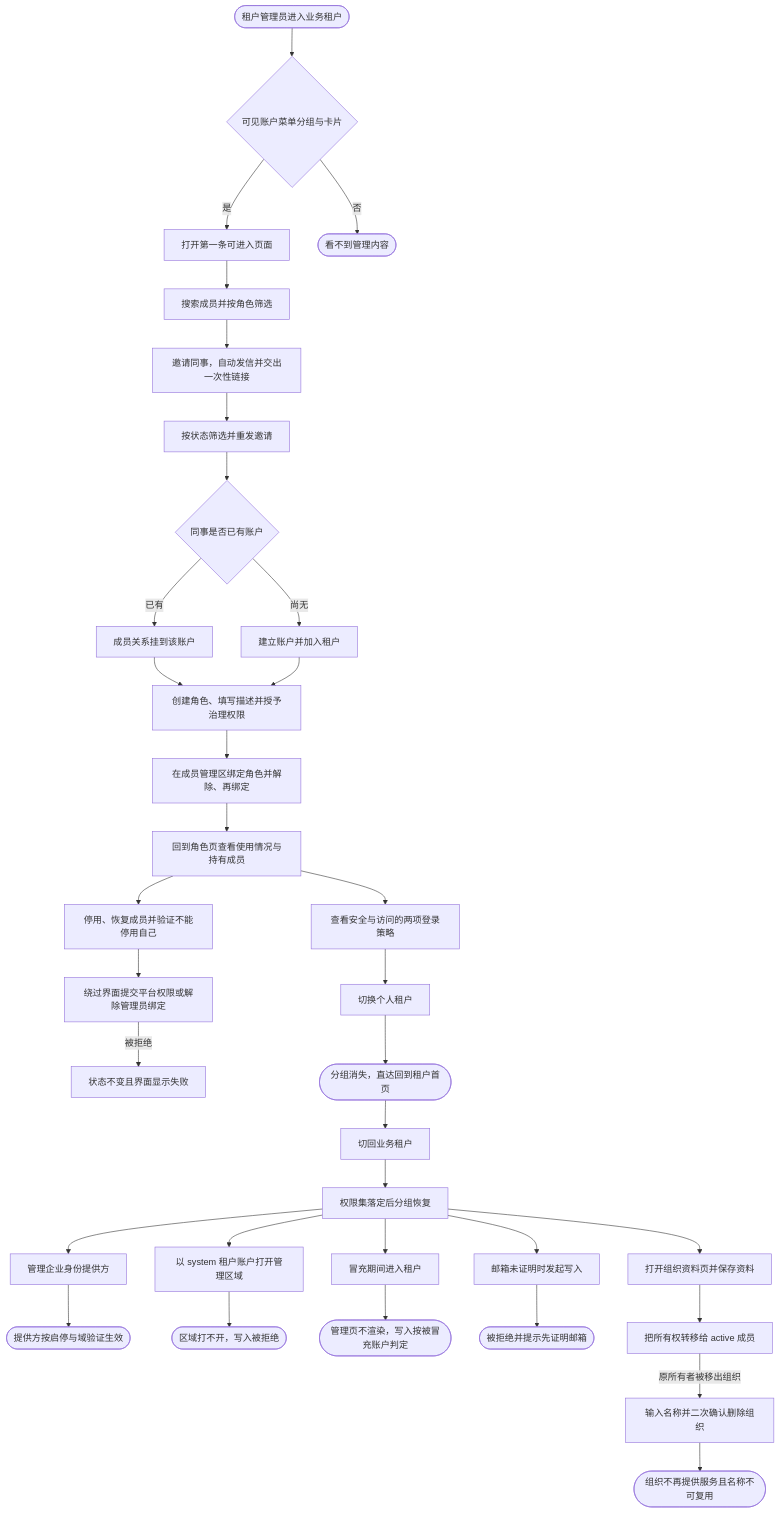
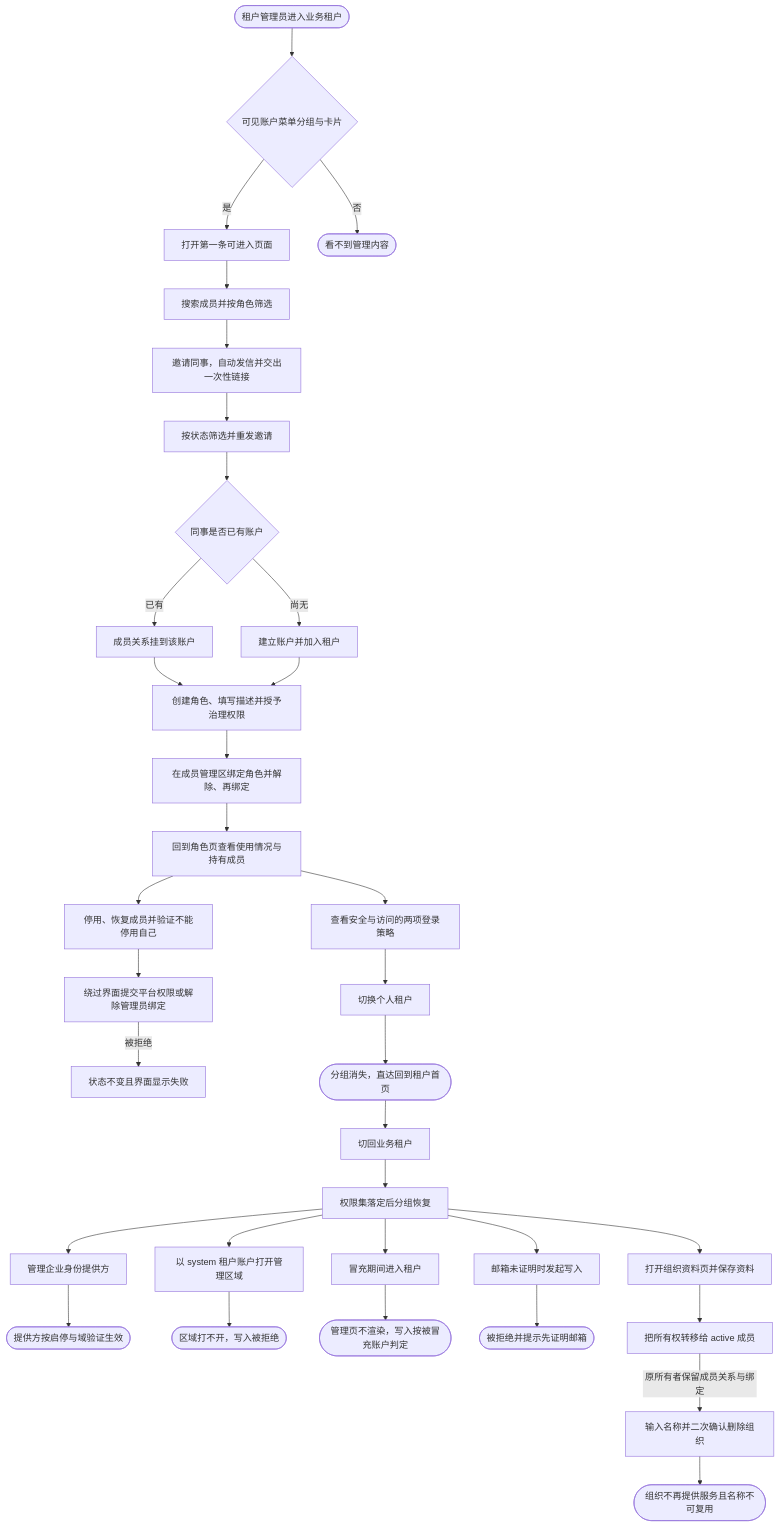
One commit to wangzw/speed changed the diagram in docs/prd/journeys/journey-tenant-admin.md. Above: the diagram before and after it, drawn with Mermaid. The commit also changed other lines of this file and 23 other files, not shown here.

````diff
--- a/docs/prd/journeys/journey-tenant-admin.md
+++ b/docs/prd/journeys/journey-tenant-admin.md
@@ -91,36 +91,36 @@
 ```mermaid
 flowchart TD
     A([租户管理员进入业务租户]) --> B{可见账户菜单分组与卡片}
     B -->|是| C[打开第一条可进入页面]
     B -->|否| Z([看不到管理内容])
     C --> C1[搜索成员并按角色筛选]
     C1 --> D[邀请同事，自动发信并交出一次性链接]
     D --> D1[按状态筛选并重发邀请]
     D1 --> E{同事是否已有账户}
     E -->|已有| F[成员关系挂到该账户]
     E -->|尚无| G[建立账户并加入租户]
     F --> H[创建角色、填写描述并授予治理权限]
     G --> H
     H --> I[在成员管理区绑定角色并解除、再绑定]
     I --> I1[回到角色页查看使用情况与持有成员]
     I1 --> I2[停用、恢复成员并验证不能停用自己]
     I2 --> J[绕过界面提交平台权限或解除管理员绑定]
     J -->|被拒绝| K[状态不变且界面显示失败]
     I1 --> L[查看安全与访问的两项登录策略]
     L --> M[切换个人租户]
     M --> N([分组消失，直达回到租户首页])
     N --> O[切回业务租户]
     O --> P[权限集落定后分组恢复]
     P --> Q[管理企业身份提供方]
     Q --> R([提供方按启停与域验证生效])
     P --> S[以 system 租户账户打开管理区域]
     S --> T([区域打不开，写入被拒绝])
     P --> U[冒充期间进入租户]
     U --> V([管理页不渲染，写入按被冒充账户判定])
     P --> W[邮箱未证明时发起写入]
     W --> X([被拒绝并提示先证明邮箱])
     P --> Y[打开组织资料页并保存资料]
     Y --> Y1[把所有权转移给 active 成员]
-    Y1 -->|原所有者被移出组织| Y2[输入名称并二次确认删除组织]
+    Y1 -->|原所有者保留成员关系与绑定| Y2[输入名称并二次确认删除组织]
     Y2 --> Y3([组织不再提供服务且名称不可复用])
 ```
````
